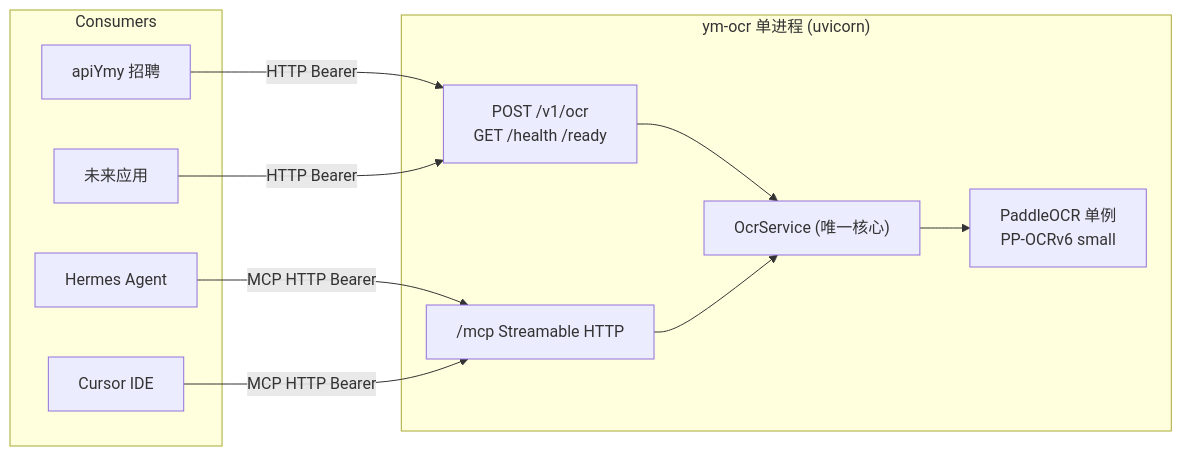
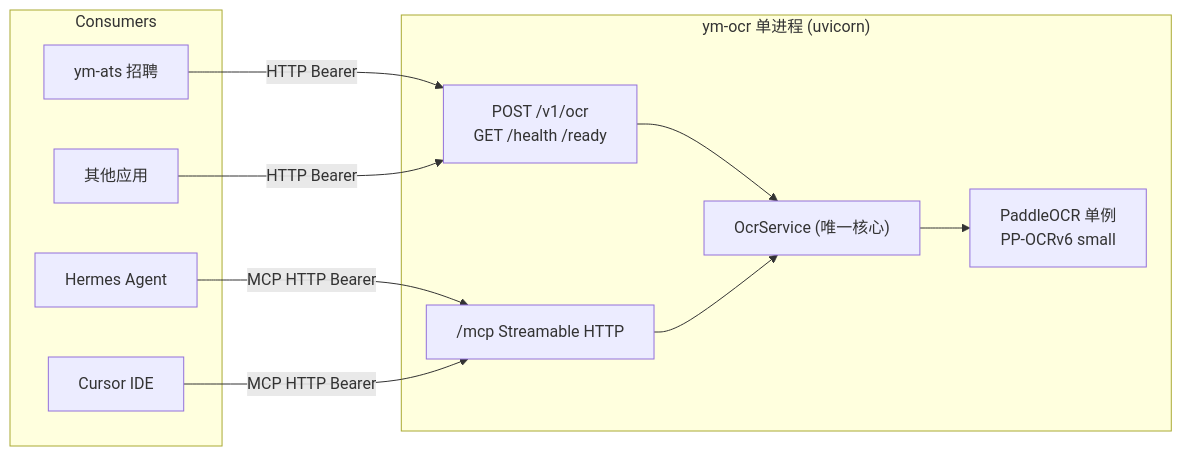
The diagram in README.md (Y9958M/ym-ocr), drawn with Mermaid before and after one commit. The commit also changed other lines of this file and 9 other files, not shown here.

````diff
--- a/README.md
+++ b/README.md
@@ -9,22 +9,22 @@
 ```mermaid
 flowchart LR
     subgraph Consumers
-        apiYmy[apiYmy 招聘]
-        AppB[未来应用]
+        YmAts[ym-ats 招聘]
+        AppB[其他应用]
         Hermes[Hermes Agent]
         Cursor[Cursor IDE]
     end
     subgraph YmOcr["ym-ocr 单进程 (uvicorn)"]
         Rest["POST /v1/ocr<br/>GET /health /ready"]
         Mcp["/mcp Streamable HTTP"]
         Core["OcrService (唯一核心)"]
         Engine["PaddleOCR 单例<br/>PP-OCRv6 small"]
         Rest --> Core
         Mcp --> Core
         Core --> Engine
     end
-    apiYmy -->|HTTP Bearer| Rest
+    YmAts -->|HTTP Bearer| Rest
     AppB -->|HTTP Bearer| Rest
     Hermes -->|MCP HTTP Bearer| Mcp
     Cursor -->|MCP HTTP Bearer| Mcp
 ```
````
